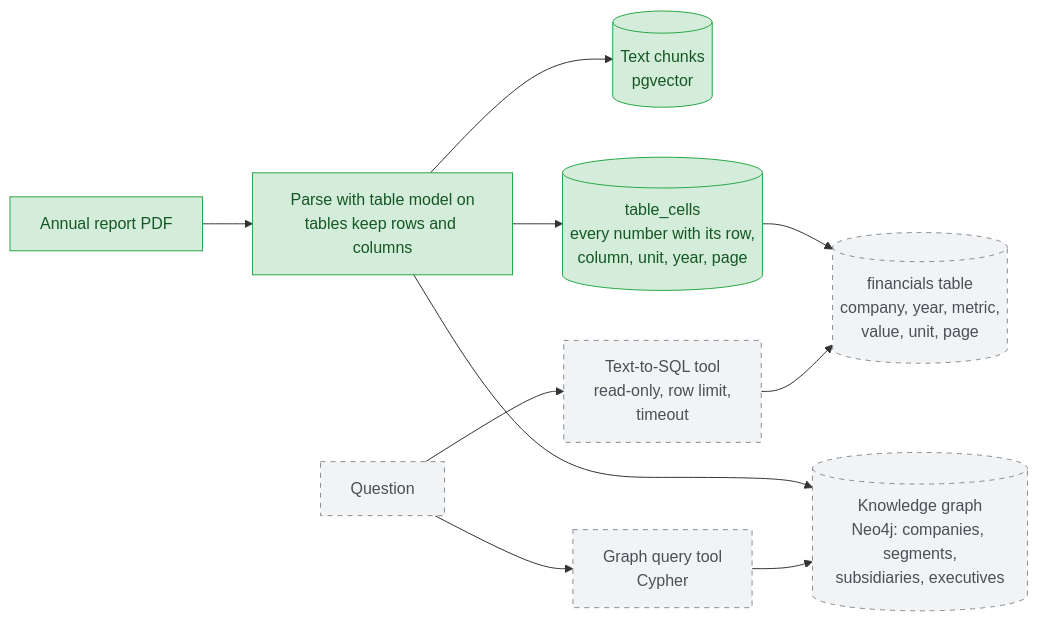
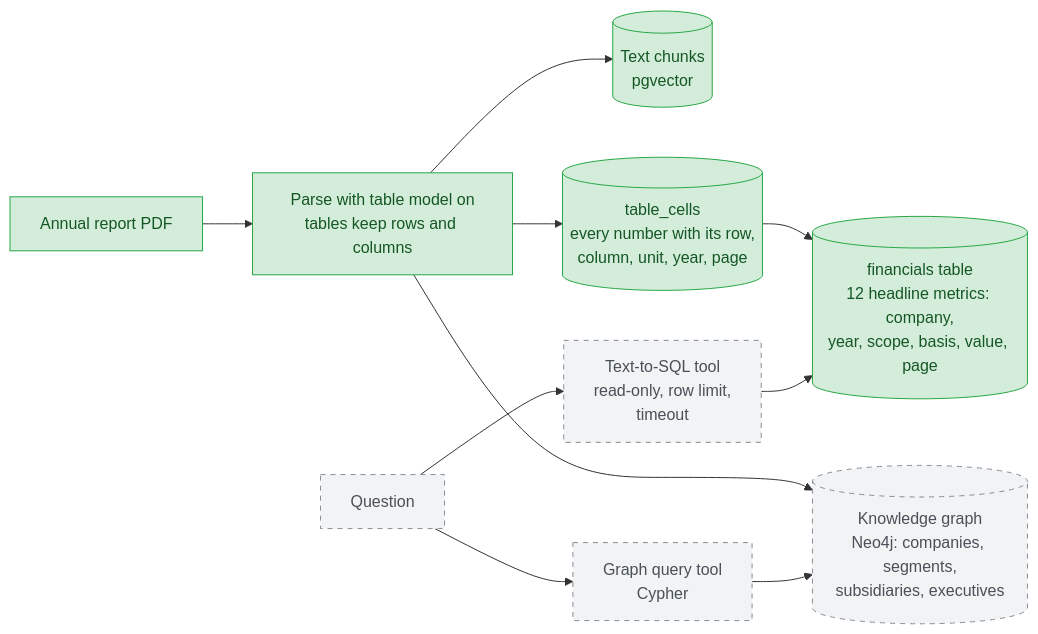
Before and after one commit to madeleine68/Reportlens: the fourth of 6 diagrams in README.md, drawn with Mermaid. The commit also changed other lines of this file and 10 other files, not shown here.

First line of the commit message:
Phase 3: financials table of 12 headline metrics from table_cells

````diff
--- a/README.md
+++ b/README.md
@@ -209,17 +210,17 @@
 ```mermaid
 flowchart LR
     pdf["Annual report PDF"] --> parse["Parse with table model on<br/>tables keep rows and columns"]
     parse --> text[("Text chunks<br/>pgvector")]
     parse --> cells[("table_cells<br/>every number with its row,<br/>column, unit, year, page")]
-    cells --> fin[("financials table<br/>company, year, metric,<br/>value, unit, page")]
+    cells --> fin[("financials table<br/>12 headline metrics: company,<br/>year, scope, basis, value, page")]
     parse --> kg[("Knowledge graph<br/>Neo4j: companies, segments,<br/>subsidiaries, executives")]
     q["Question"] --> sqltool["Text-to-SQL tool<br/>read-only, row limit,<br/>timeout"]
     q --> cypher["Graph query tool<br/>Cypher"]
     sqltool --> fin
     cypher --> kg
 
     classDef planned fill:#f1f3f5,stroke:#868e96,color:#495057,stroke-dasharray: 5 5
     classDef done fill:#d4edda,stroke:#28a745,color:#155724
-    class pdf,parse,text,cells done
-    class fin,kg,q,sqltool,cypher planned
+    class pdf,parse,text,cells,fin done
+    class kg,q,sqltool,cypher planned
 ```
````
